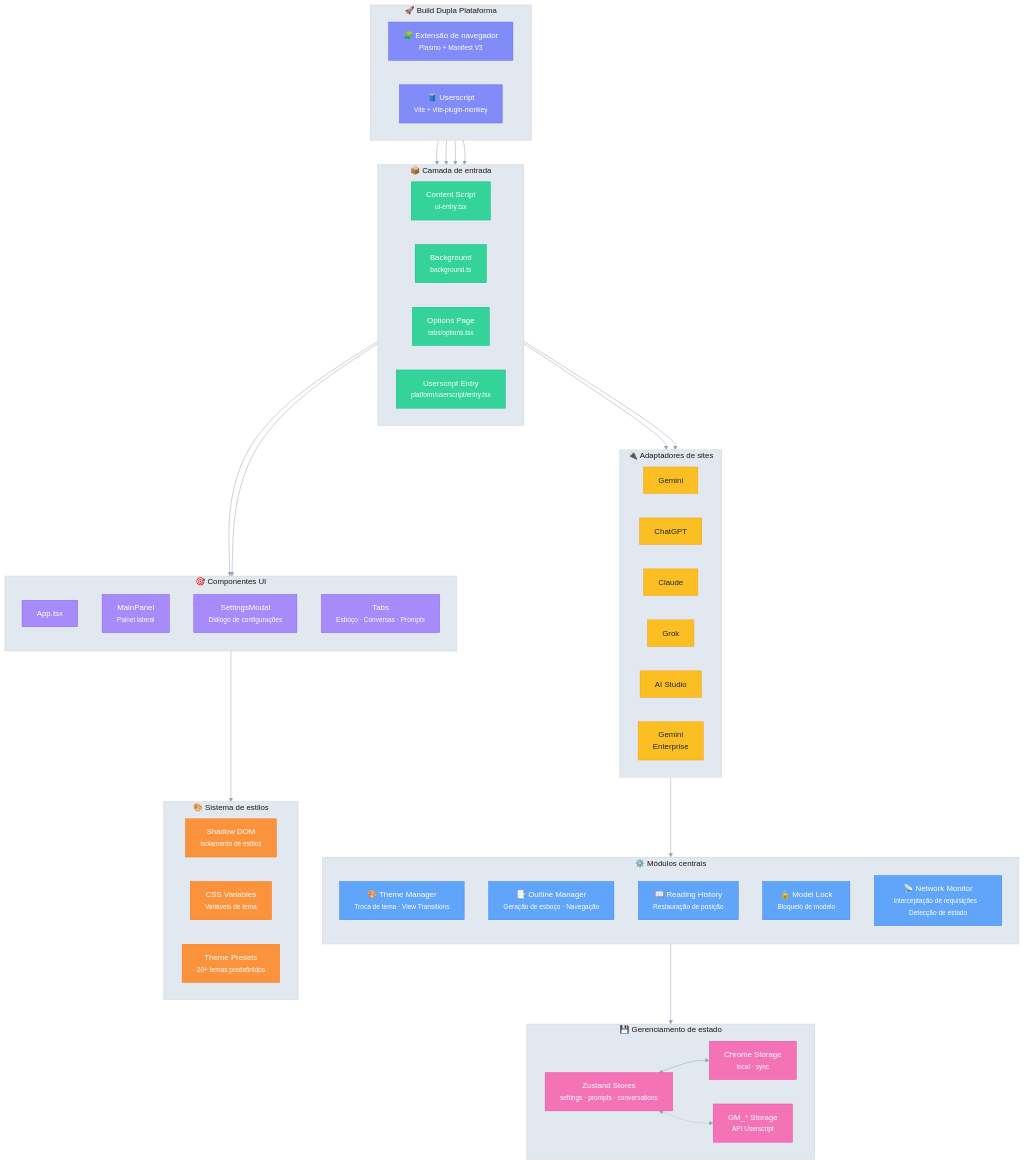
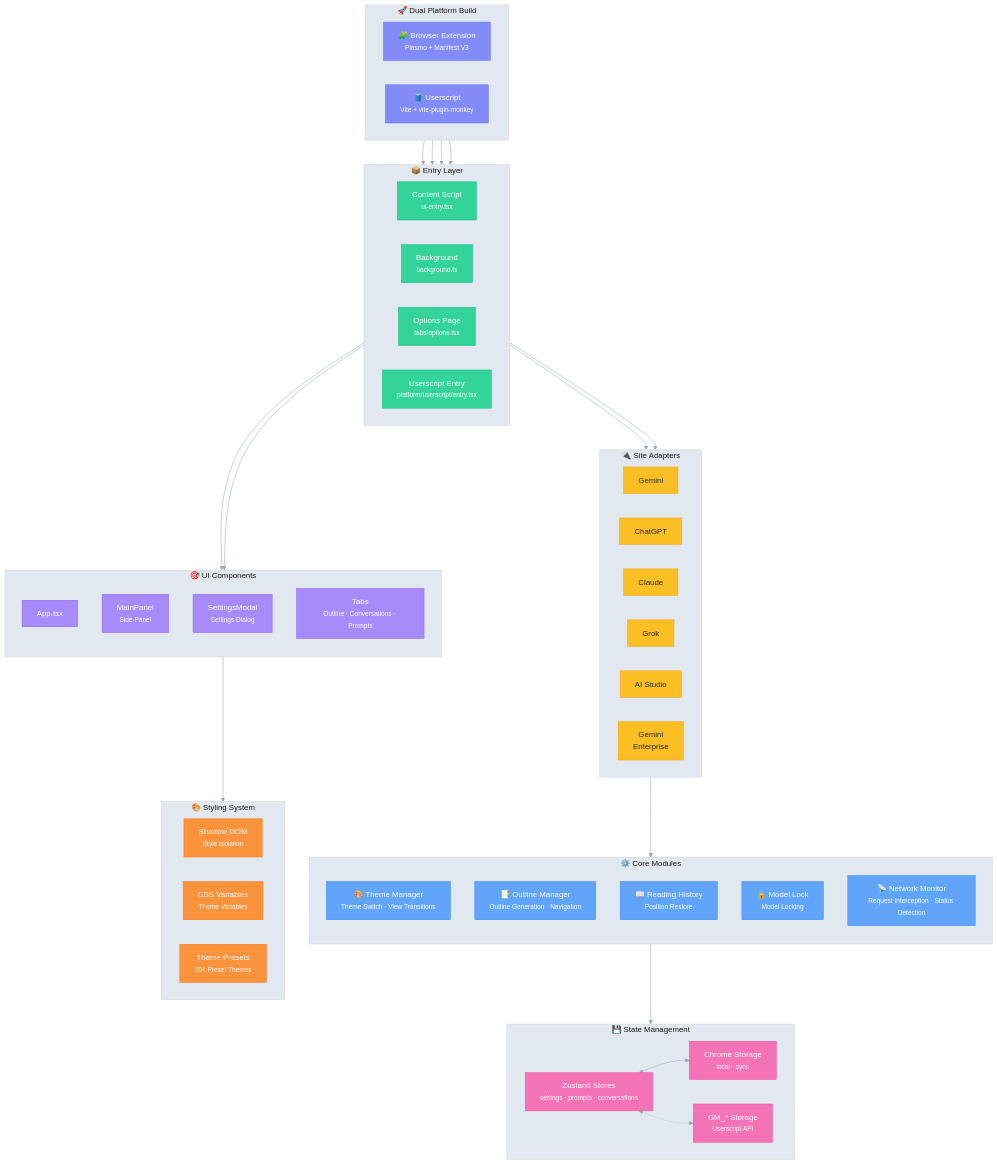
The diagram in .github/readmes/README_pt.md (urzeye/ophel), drawn with Mermaid before and after one commit. The commit also changed other lines of this file and 7 other files, not shown here.

````diff
--- a/.github/readmes/README_pt.md
+++ b/.github/readmes/README_pt.md
@@ -77,13 +138,13 @@
 ```mermaid
 %%{init: {'theme': 'base', 'themeVariables': { 'primaryColor': '#6366f1', 'primaryTextColor': '#fff', 'primaryBorderColor': '#4f46e5', 'lineColor': '#94a3b8', 'secondaryColor': '#f1f5f9', 'tertiaryColor': '#e2e8f0', 'background': '#ffffff'}}}%%
 flowchart TB
-    subgraph Platforms["🚀 Build Dupla Plataforma"]
+    subgraph Platforms["🚀 Dual Platform Build"]
         direction LR
-        EXT["🧩 Extensão de navegador<br/><small>Plasmo + Manifest V3</small>"]
+        EXT["🧩 Browser Extension<br/><small>Plasmo + Manifest V3</small>"]
         US["🛢️ Userscript<br/><small>Vite + vite-plugin-monkey</small>"]
     end
 
-    subgraph Entry["📦 Camada de entrada"]
+    subgraph Entry["📦 Entry Layer"]
         direction LR
         CE["Content Script<br/><small>ui-entry.tsx</small>"]
         BG["Background<br/><small>background.ts</small>"]
@@ -91,7 +152,7 @@
         USE["Userscript Entry<br/><small>platform/userscript/entry.tsx</small>"]
     end
 
-    subgraph Adapters["🔌 Adaptadores de sites"]
+    subgraph Adapters["🔌 Site Adapters"]
         direction LR
         GEM["Gemini"]
         GPT["ChatGPT"]
@@ -101,49 +162,55 @@
         GEE["Gemini<br/>Enterprise"]
     end
 
-    subgraph Core["⚙️ Módulos centrais"]
+    subgraph Core["⚙️ Core Modules"]
         direction TB
-        TM["🎨 Theme Manager<br/><small>Troca de tema · View Transitions</small>"]
-        OM["📑 Outline Manager<br/><small>Geração de esboço · Navegação</small>"]
-        RH["📖 Reading History<br/><small>Restauração de posição</small>"]
-        ML["🔒 Model Lock<br/><small>Bloqueio de modelo</small>"]
-        NM["📡 Network Monitor<br/><small>Interceptação de requisições · Detecção de estado</small>"]
+        TM["🎨 Theme Manager<br/><small>Theme Switch · View Transitions</small>"]
+        OM["📑 Outline Manager<br/><small>Outline Generation · Navigation</small>"]
+        RH["📖 Reading History<br/><small>Position Restore</small>"]
+        ML["🔒 Model Lock<br/><small>Model Locking</small>"]
+        NM["📡 Network Monitor<br/><small>Request Interception · Status Detection</small>"]
     end
 
-    subgraph State["💾 Gerenciamento de estado"]
+    subgraph State["💾 State Management"]
         direction LR
         ZS["Zustand Stores<br/><small>settings · prompts · conversations</small>"]
         CS["Chrome Storage<br/><small>local · sync</small>"]
-        GM["GM_* Storage<br/><small>API Userscript</small>"]
+        GM["GM_* Storage<br/><small>Userscript API</small>"]
     end
 
-    subgraph UI["🎯 Componentes UI"]
+    subgraph UI["🎯 UI Components"]
         direction TB
         APP["App.tsx"]
-        MP["MainPanel<br/><small>Painel lateral</small>"]
-        SM["SettingsModal<br/><small>Diálogo de configurações</small>"]
-        TABS["Tabs<br/><small>Esboço · Conversas · Prompts</small>"]
+        MP["MainPanel<br/><small>Side Panel</small>"]
+        SM["SettingsModal<br/><small>Settings Dialog</small>"]
+        TABS["Tabs<br/><small>Outline · Conversations · Prompts</small>"]
     end
 
-    subgraph CSS["🎨 Sistema de estilos"]
+    subgraph CSS["🎨 Styling System"]
         direction LR
-        SD["Shadow DOM<br/><small>Isolamento de estilos</small>"]
-        TV["CSS Variables<br/><small>Variáveis de tema</small>"]
-        TH["Theme Presets<br/><small>20+ temas predefinidos</small>"]
+        SD["Shadow DOM<br/><small>Style Isolation</small>"]
+        TV["CSS Variables<br/><small>Theme Variables</small>"]
+        TH["Theme Presets<br/><small>20+ Preset Themes</small>"]
     end
 
+    %% Connections
     EXT --> CE & BG & OPT
     US --> USE
+
     CE --> Adapters
     USE --> Adapters
+
     Adapters --> Core
     Core --> State
+
     CE --> UI
     USE --> UI
     UI --> CSS
+
     ZS <--> CS
     ZS <-.-> GM
 
+    %% Styles
     classDef platform fill:#818cf8,stroke:#6366f1,color:#fff
     classDef entry fill:#34d399,stroke:#10b981,color:#fff
     classDef adapter fill:#fbbf24,stroke:#f59e0b,color:#1f2937
````
